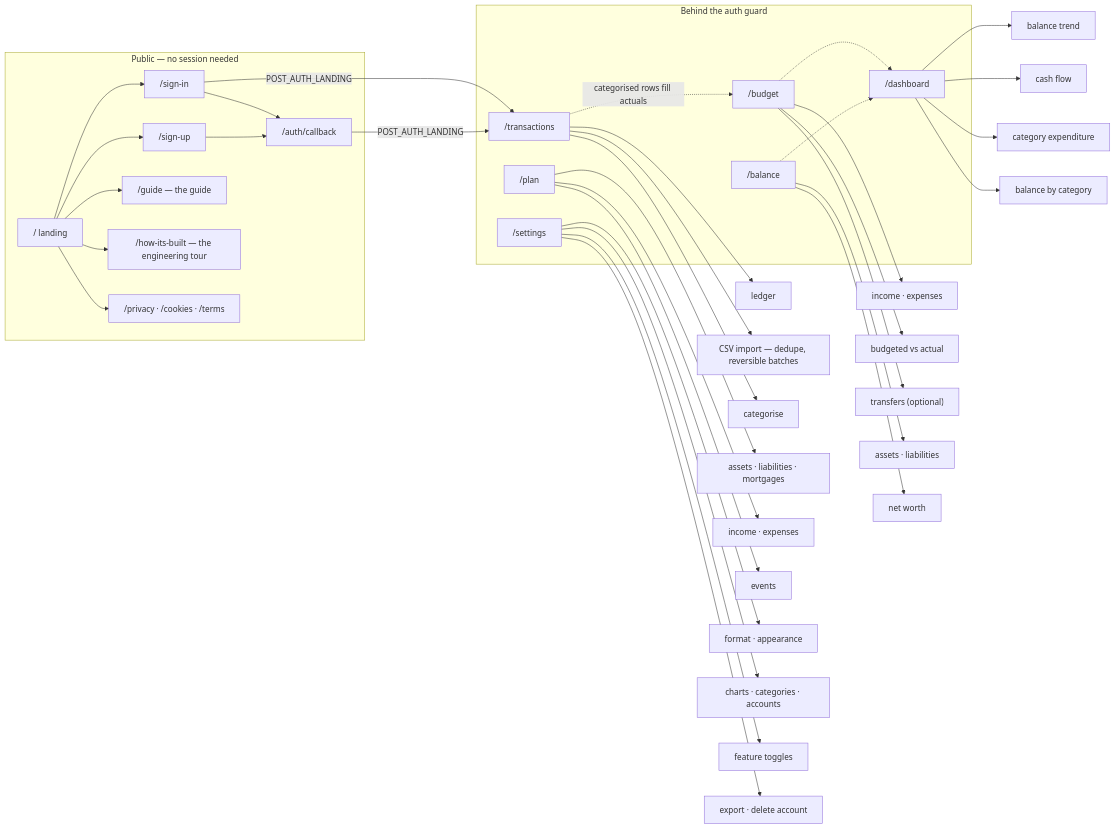
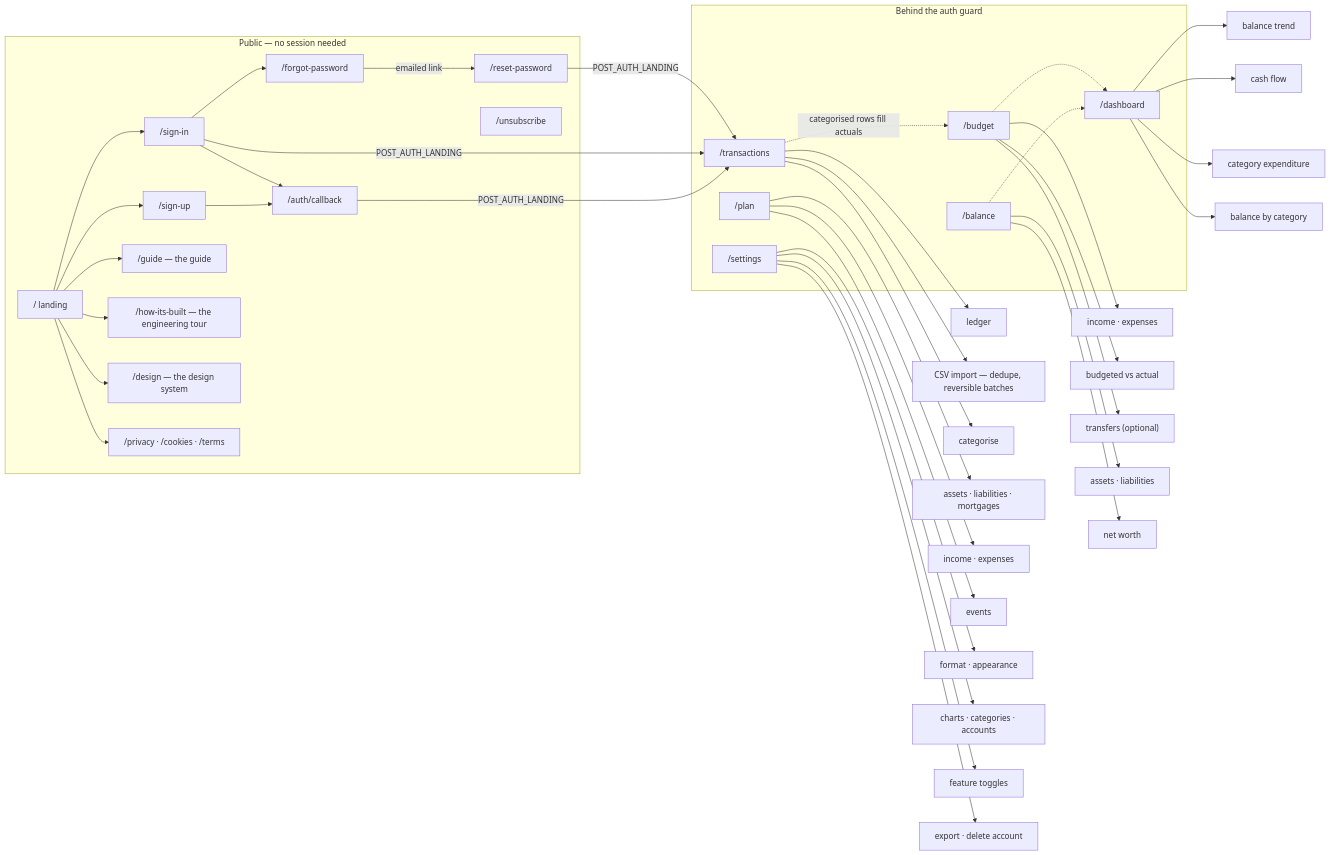
The diagram in docs/sitemap.md (JRRS1982/halcyon), drawn with Mermaid before and after one commit. The commit also changed other lines of this file and 44 other files, not shown here.

````diff
--- a/docs/sitemap.md
+++ b/docs/sitemap.md
@@ -14,60 +15,68 @@
 ```mermaid
 flowchart LR
     subgraph public ["Public — no session needed"]
         HOME["/ landing"]
         SI["/sign-in"]
         SU["/sign-up"]
+        FP["/forgot-password"]
+        RP["/reset-password"]
         CB["/auth/callback"]
         ABOUT["/guide — the guide"]
         BUILT["/how-its-built — the engineering tour"]
+        DESIGN["/design — the design system"]
         LEGAL["/privacy · /cookies · /terms"]
+        UNSUB["/unsubscribe"]
     end
 
     subgraph guarded ["Behind the auth guard"]
         TX["/transactions"]
         BUD["/budget"]
         BAL["/balance"]
         DASH["/dashboard"]
         PLAN["/plan"]
         SET["/settings"]
     end
 
     HOME --> SI
     HOME --> SU
     HOME --> ABOUT
     HOME --> BUILT
+    HOME --> DESIGN
     HOME --> LEGAL
+    SI --> FP
+    FP -->|emailed link| RP
+    RP -->|POST_AUTH_LANDING| TX
     SI --> CB
     SU --> CB
     SI -->|POST_AUTH_LANDING| TX
     CB -->|POST_AUTH_LANDING| TX
 
     TX --> TX1["ledger"]
     TX --> TX2["CSV import — dedupe, reversible batches"]
     TX --> TX3["categorise"]
 
     BUD --> BUD1["income · expenses"]
     BUD --> BUD2["budgeted vs actual"]
     BUD --> BUD3["transfers (optional)"]
 
     BAL --> BAL1["assets · liabilities"]
     BAL --> BAL2["net worth"]
 
     DASH --> D1["balance trend"]
     DASH --> D2["cash flow"]
     DASH --> D3["category expenditure"]
     DASH --> D4["balance by category"]
 
     PLAN --> P1["assets · liabilities · mortgages"]
     PLAN --> P2["income · expenses"]
     PLAN --> P3["events"]
 
     SET --> S1["format · appearance"]
     SET --> S2["charts · categories · accounts"]
     SET --> S3["feature toggles"]
     SET --> S4["export · delete account"]
 
     TX -.->|categorised rows fill actuals| BUD
     BUD -.-> DASH
     BAL -.-> DASH
 ```
````
